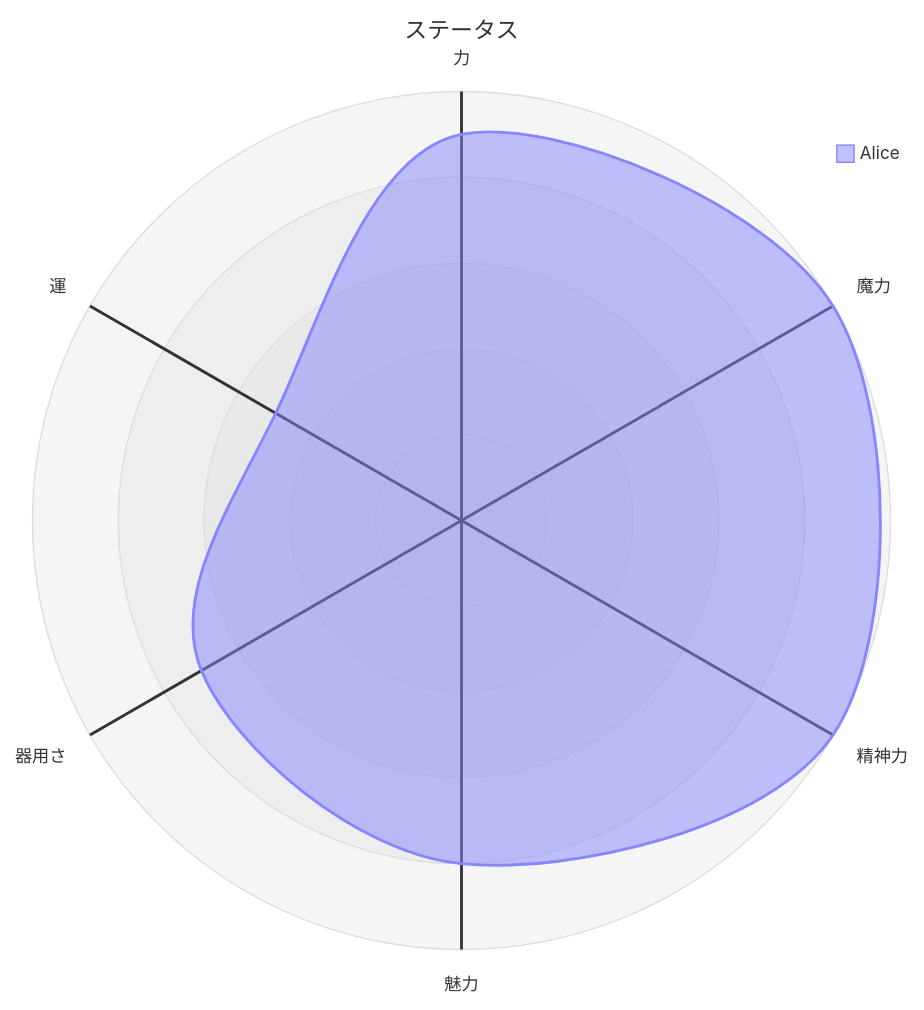
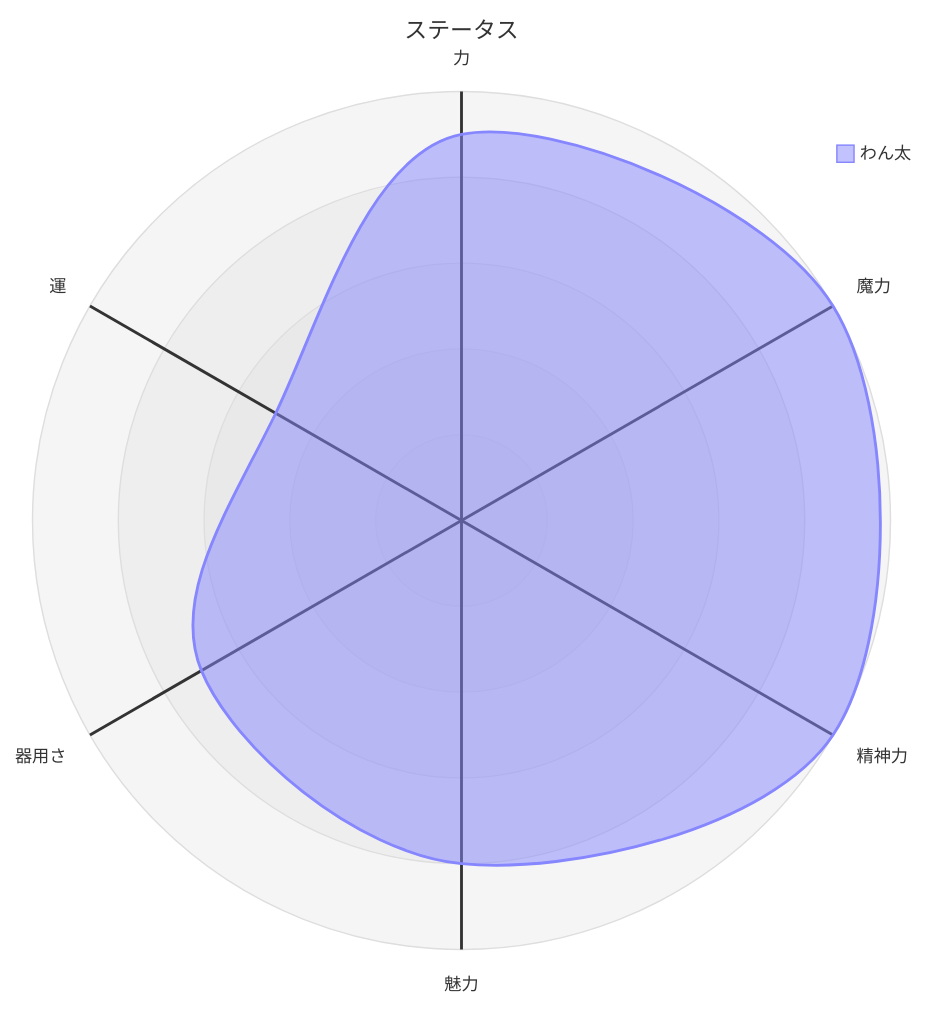
The third of 3 diagrams in docs/dev/マークダウンプレビュー.md (mituha/novelaid-editor), drawn with Mermaid before and after one commit. The commit also changed other lines of this file and 5 other files, not shown here.

````diff
--- a/docs/dev/マークダウンプレビュー.md
+++ b/docs/dev/マークダウンプレビュー.md
@@ -168,12 +177,12 @@
 ```mermaid
 ---
 title: "ステータス"
 ---
 radar-beta
   axis m["力"], s["魔力"], e["精神力"]
   axis h["魅力"], g["器用さ"], a["運"]
-  curve a["Alice"]{9, 10, 10, 8, 7, 5}
+  curve a["わん太"]{9, 10, 10, 8, 7, 5}
 
   max 10
   min 0
 ```
````
